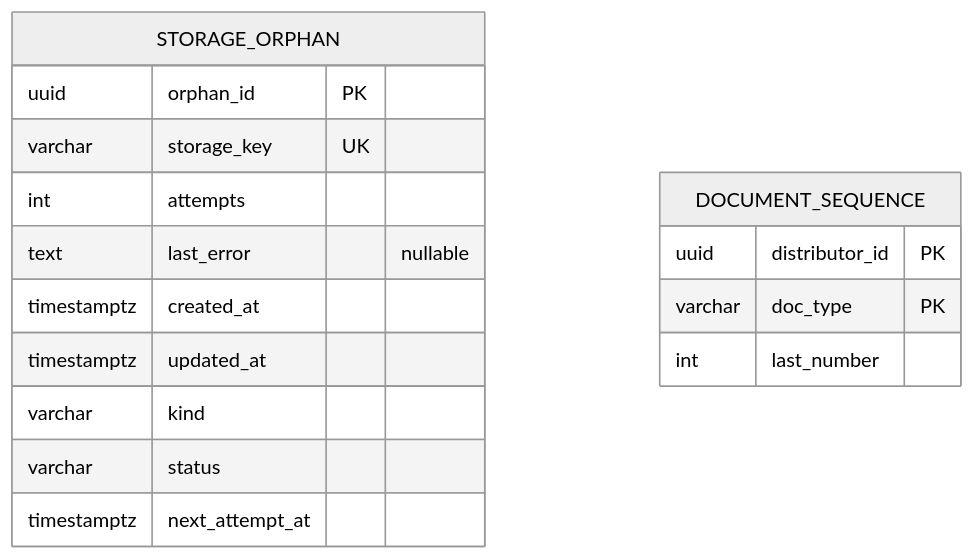
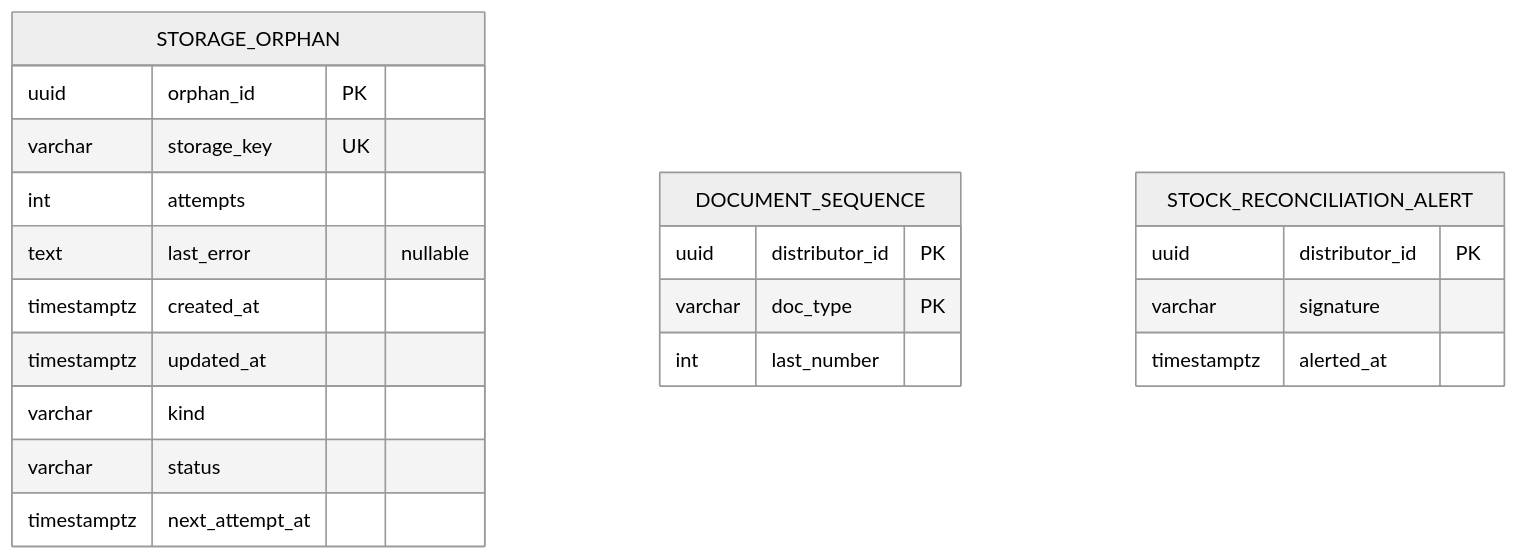
Diagram 13 of 15 in diagramas/base-de-datos/SPLG-der-mermaid.md (Nahuelito-Dev/splg-docs), drawn with Mermaid (neutral theme) before and after one commit. The commit also changed other lines of this file and 298 other files, not shown here.

````diff
--- a/diagramas/base-de-datos/SPLG-der-mermaid.md
+++ b/diagramas/base-de-datos/SPLG-der-mermaid.md
@@ -1017,20 +1032,25 @@
 ```mermaid
 erDiagram
 
     STORAGE_ORPHAN {
         uuid orphan_id PK
         varchar storage_key UK
         int attempts
         text last_error "nullable"
         timestamptz created_at
         timestamptz updated_at
         varchar kind
         varchar status
         timestamptz next_attempt_at
     }
     DOCUMENT_SEQUENCE {
         uuid distributor_id PK
         varchar doc_type PK
         int last_number
     }
+    STOCK_RECONCILIATION_ALERT {
+        uuid distributor_id PK
+        varchar signature
+        timestamptz alerted_at
+    }
 ```
````
